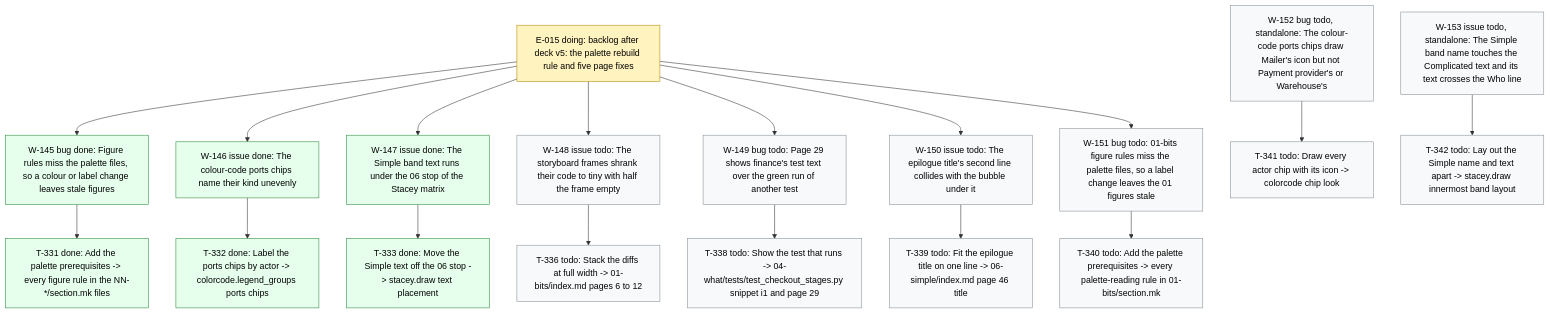
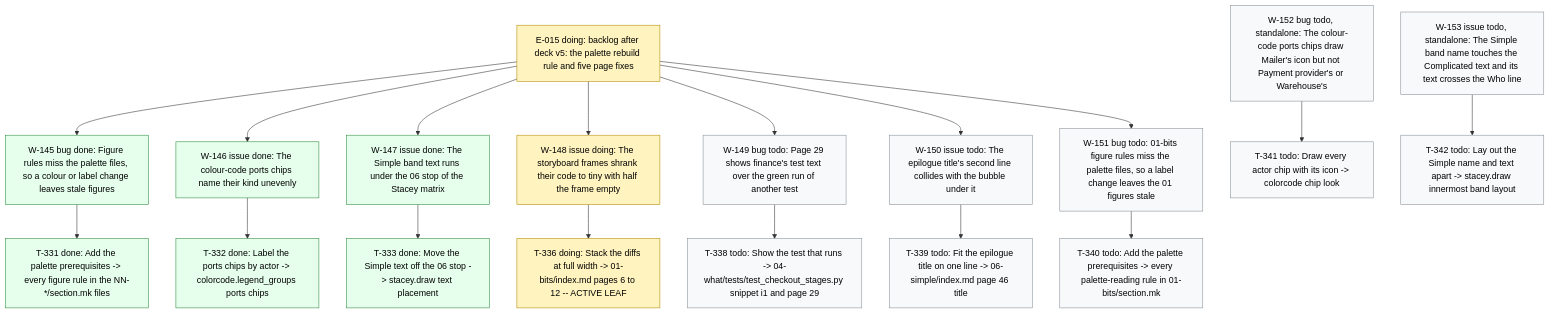
The diagram in .board/BOARD.md (dpopchev/chaos-to-simple), drawn with Mermaid before and after one commit. The commit also changed other lines of this file and 2 other files, not shown here.

Commit message:
chore(board): activate W-148, start T-336
Refs: W-148 T-336

````diff
--- a/.board/BOARD.md
+++ b/.board/BOARD.md
@@ -862,30 +862,30 @@
 ```mermaid
 flowchart TD
   E015["E-015 doing: backlog after deck v5: the palette rebuild rule and five page fixes"]
   E015 --> W145["W-145 bug done: Figure rules miss the palette files, so a colour or label change leaves stale figures"]
   W145 --> T331["T-331 done: Add the palette prerequisites -> every figure rule in the NN-*/section.mk files"]
   E015 --> W146["W-146 issue done: The colour-code ports chips name their kind unevenly"]
   W146 --> T332["T-332 done: Label the ports chips by actor -> colorcode.legend_groups ports chips"]
   E015 --> W147["W-147 issue done: The Simple band text runs under the 06 stop of the Stacey matrix"]
   W147 --> T333["T-333 done: Move the Simple text off the 06 stop -> stacey.draw text placement"]
-  E015 --> W148["W-148 issue todo: The storyboard frames shrank their code to tiny with half the frame empty"]
-  W148 --> T336["T-336 todo: Stack the diffs at full width -> 01-bits/index.md pages 6 to 12"]
+  E015 --> W148["W-148 issue doing: The storyboard frames shrank their code to tiny with half the frame empty"]
+  W148 --> T336["T-336 doing: Stack the diffs at full width -> 01-bits/index.md pages 6 to 12 -- ACTIVE LEAF"]
   E015 --> W149["W-149 bug todo: Page 29 shows finance's test text over the green run of another test"]
   W149 --> T338["T-338 todo: Show the test that runs -> 04-what/tests/test_checkout_stages.py snippet i1 and page 29"]
   E015 --> W150["W-150 issue todo: The epilogue title's second line collides with the bubble under it"]
   W150 --> T339["T-339 todo: Fit the epilogue title on one line -> 06-simple/index.md page 46 title"]
   E015 --> W151["W-151 bug todo: 01-bits figure rules miss the palette files, so a label change leaves the 01 figures stale"]
   W151 --> T340["T-340 todo: Add the palette prerequisites -> every palette-reading rule in 01-bits/section.mk"]
   W152["W-152 bug todo, standalone: The colour-code ports chips draw Mailer's icon but not Payment provider's or Warehouse's"]
   W152 --> T341["T-341 todo: Draw every actor chip with its icon -> colorcode chip look"]
   W153["W-153 issue todo, standalone: The Simple band name touches the Complicated text and its text crosses the Who line"]
   W153 --> T342["T-342 todo: Lay out the Simple name and text apart -> stacey.draw innermost band layout"]
   classDef doing fill:#fff3bf,stroke:#b58900,color:#000;
   classDef blocked fill:#ffe3e3,stroke:#c92a2a,color:#000;
   classDef done fill:#e6ffed,stroke:#2b8a3e,color:#000;
   classDef todo fill:#f8f9fa,stroke:#868e96,color:#000;
   classDef pruned fill:#f1f3f5,stroke:#adb5bd,color:#000;
-  class E015 doing
+  class E015,W148,T336 doing
   class W145,T331,W146,T332,W147,T333 done
-  class W148,T336,W149,T338,W150,T339,W151,T340,W152,T341,W153,T342 todo
+  class W149,T338,W150,T339,W151,T340,W152,T341,W153,T342 todo
 ```
````
